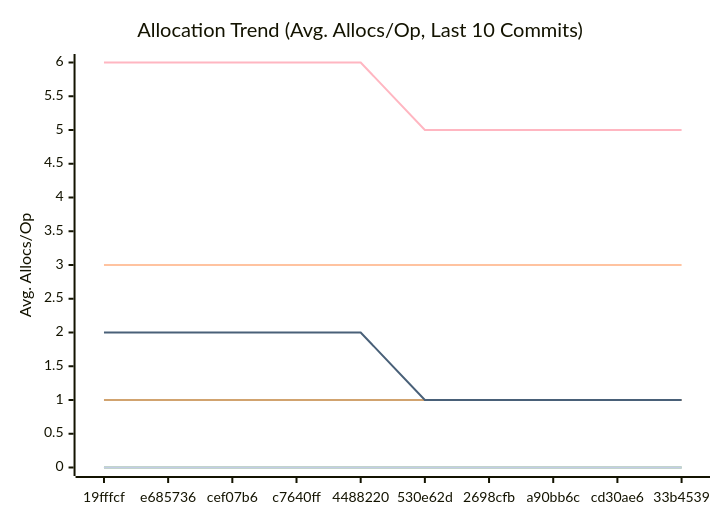
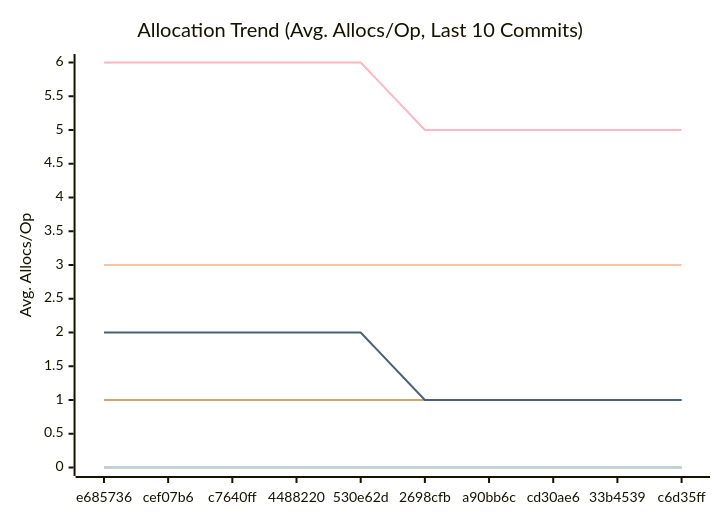
One commit to alsotoes/momo changed the third of 3 diagrams in docs/PERFORMANCE.md. Above: the diagram before and after it, drawn with Mermaid. The commit also changed other lines of this file and 2 other files, not shown here.

````diff
--- a/docs/PERFORMANCE.md
+++ b/docs/PERFORMANCE.md
@@ -114,16 +114,16 @@
 ```mermaid
 xychart-beta
     title "Allocation Trend (Avg. Allocs/Op, Last 10 Commits)"
     x-axis "Commit"
     y-axis "Avg. Allocs/Op"
-    x-axis [19fffcf,e685736,cef07b6,c7640ff,4488220,530e62d,2698cfb,a90bb6c,cd30ae6,33b4539]
+    x-axis [e685736,cef07b6,c7640ff,4488220,530e62d,2698cfb,a90bb6c,cd30ae6,33b4539,c6d35ff]
     line "CheckMetricsAndSwap" [0,0,0,0,0,0,0,0,0,0]
     line "CrushOptimized" [0,0,0,0,0,0,0,0,0,0]
     line "CrushOriginal" [3,3,3,3,3,3,3,3,3,3]
     line "IndexDirectTracking" [0,0,0,0,0,0,0,0,0,0]
     line "IndexSearch" [0,0,0,0,0,0,0,0,0,0]
     line "LoadGlobalConfig" [1,1,1,1,1,1,1,1,1,1]
     line "PadString" [0,0,0,0,0,0,0,0,0,0]
     line "ParseReplicationOrder_NoPrealloc" [6,6,6,6,6,5,5,5,5,5]
     line "ParseReplicationOrder_Prealloc" [2,2,2,2,2,1,1,1,1,1]
 ```
````
